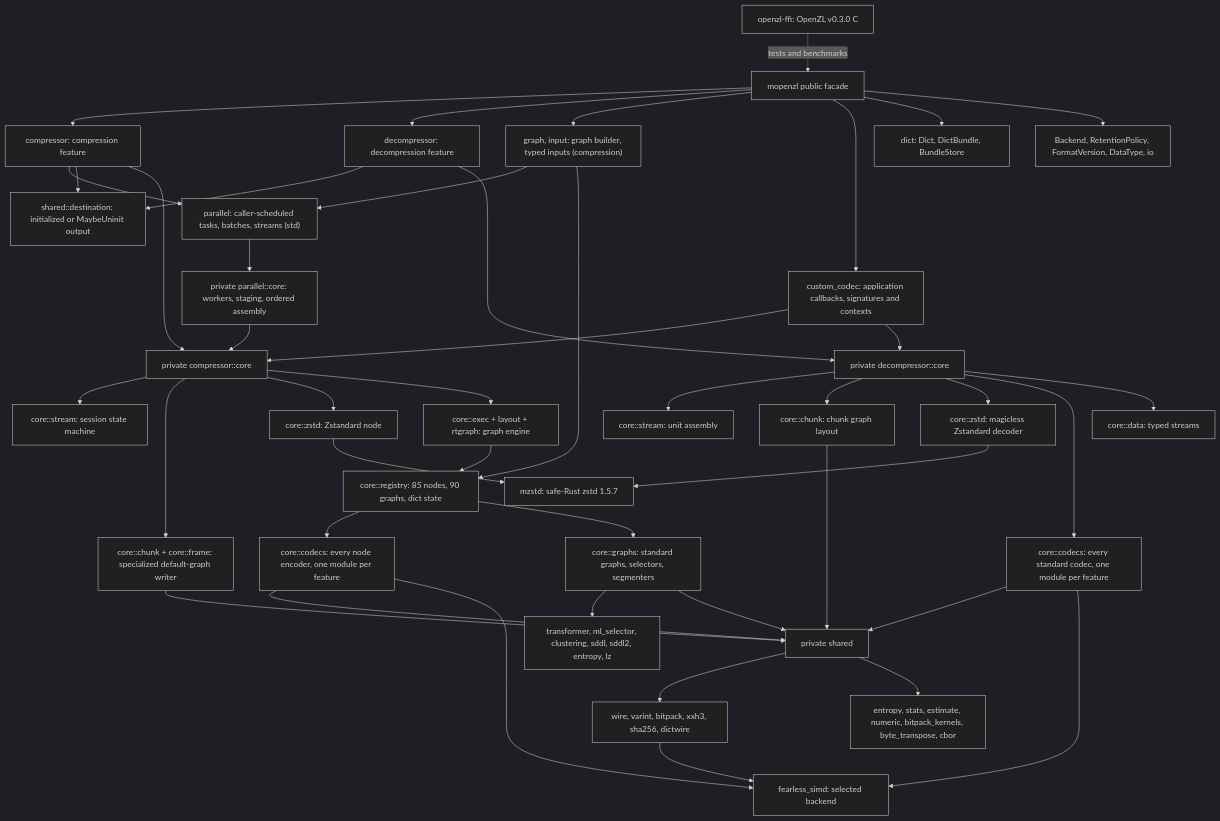
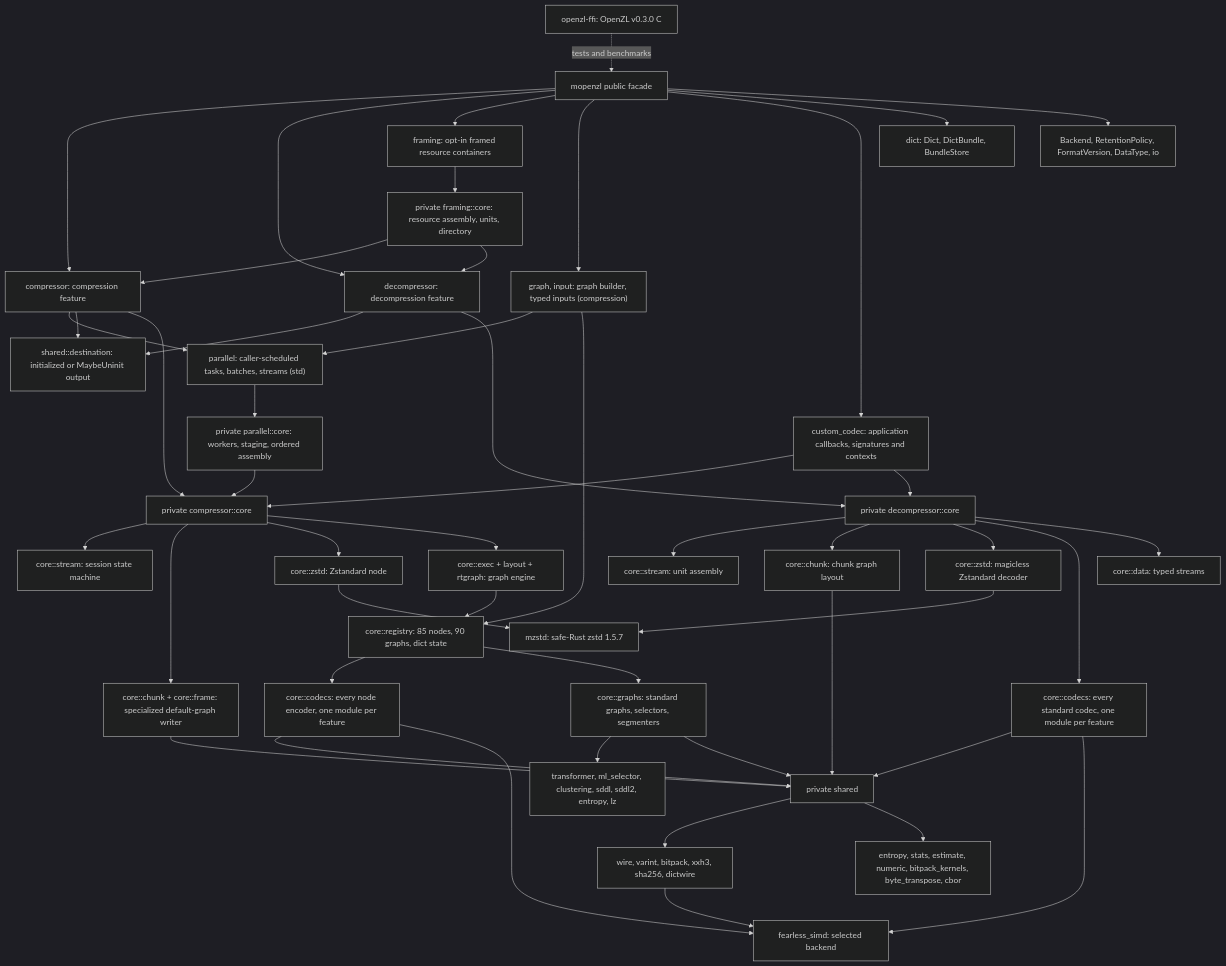
Before and after one commit to M-Compressors/mopenzl: the diagram in architecture/README.md, drawn with Mermaid (dark theme). The commit also changed other lines of this file and 47 other files, not shown here.

````diff
--- a/architecture/README.md
+++ b/architecture/README.md
@@ -9,46 +9,50 @@
 ```mermaid
 graph TD
     Root[mopenzl public facade] --> Encode[compressor: compression feature]
     Root --> Decode[decompressor: decompression feature]
+    Root --> Framed["framing: opt-in framed resource containers"]
+    Framed --> FCore["private framing::core: resource assembly, units, directory"]
+    FCore --> Encode
+    FCore --> Decode
     Root --> GraphApi["graph, input: graph builder, typed inputs (compression)"]
     Root --> Custom["custom_codec: application callbacks, signatures and contexts"]
     Custom --> ECore
     Custom --> DCore
     Root --> DictApi["dict: Dict, DictBundle, BundleStore"]
     Root --> Common[Backend, RetentionPolicy, FormatVersion, DataType, io]
     Encode --> Parallel["parallel: caller-scheduled tasks, batches, streams (std)"]
     GraphApi --> Parallel
     Parallel --> PCore[private parallel::core: workers, staging, ordered assembly]
     PCore --> ECore
     Encode --> Dest[shared::destination: initialized or MaybeUninit output]
     Decode --> Dest
     GraphApi --> Reg
     Encode --> ECore[private compressor::core]
     Decode --> DCore[private decompressor::core]
     ECore --> EStream[core::stream: session state machine]
     ECore --> EChunk[core::chunk + core::frame: specialized default-graph writer]
     ECore --> EZstd[core::zstd: Zstandard node]
     ECore --> EGraph[core::exec + layout + rtgraph: graph engine]
     EGraph --> Reg["core::registry: 85 nodes, 90 graphs, dict state"]
     Reg --> ECodecs["core::codecs: every node encoder, one module per feature"]
     Reg --> EGraphs["core::graphs: standard graphs, selectors, segmenters"]
     EGraphs --> Special["transformer, ml_selector, clustering, sddl, sddl2, entropy, lz"]
     DCore --> DStream[core::stream: unit assembly]
     DCore --> DChunk[core::chunk: chunk graph layout]
     DCore --> DZstd[core::zstd: magicless Zstandard decoder]
     DCore --> DCodecs[core::codecs: every standard codec, one module per feature]
     DCore --> DData[core::data: typed streams]
     EChunk --> Shared[private shared]
     ECodecs --> Shared
     EGraphs --> Shared
     DChunk --> Shared
     DCodecs --> Shared
     Shared --> Prims["wire, varint, bitpack, xxh3, sha256, dictwire"]
     Shared --> Algo["entropy, stats, estimate, numeric, bitpack_kernels, byte_transpose, cbor"]
     Prims --> SIMD[fearless_simd: selected backend]
     ECodecs --> SIMD
     DCodecs --> SIMD
     EZstd --> Mzstd[mzstd: safe-Rust zstd 1.5.7]
     DZstd --> Mzstd
     C[openzl-ffi: OpenZL v0.3.0 C] -. tests and benchmarks .-> Root
 ```
````
